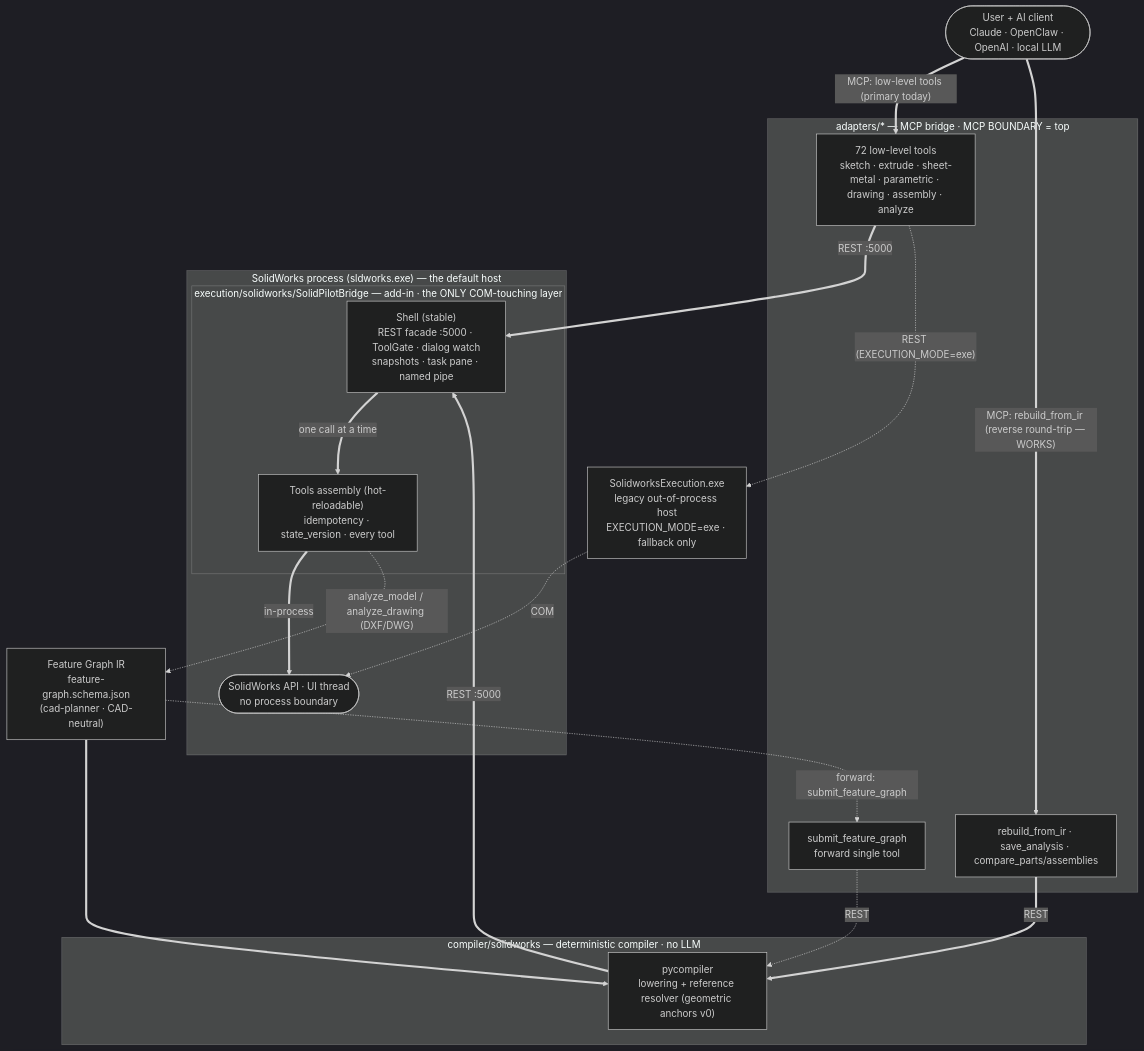
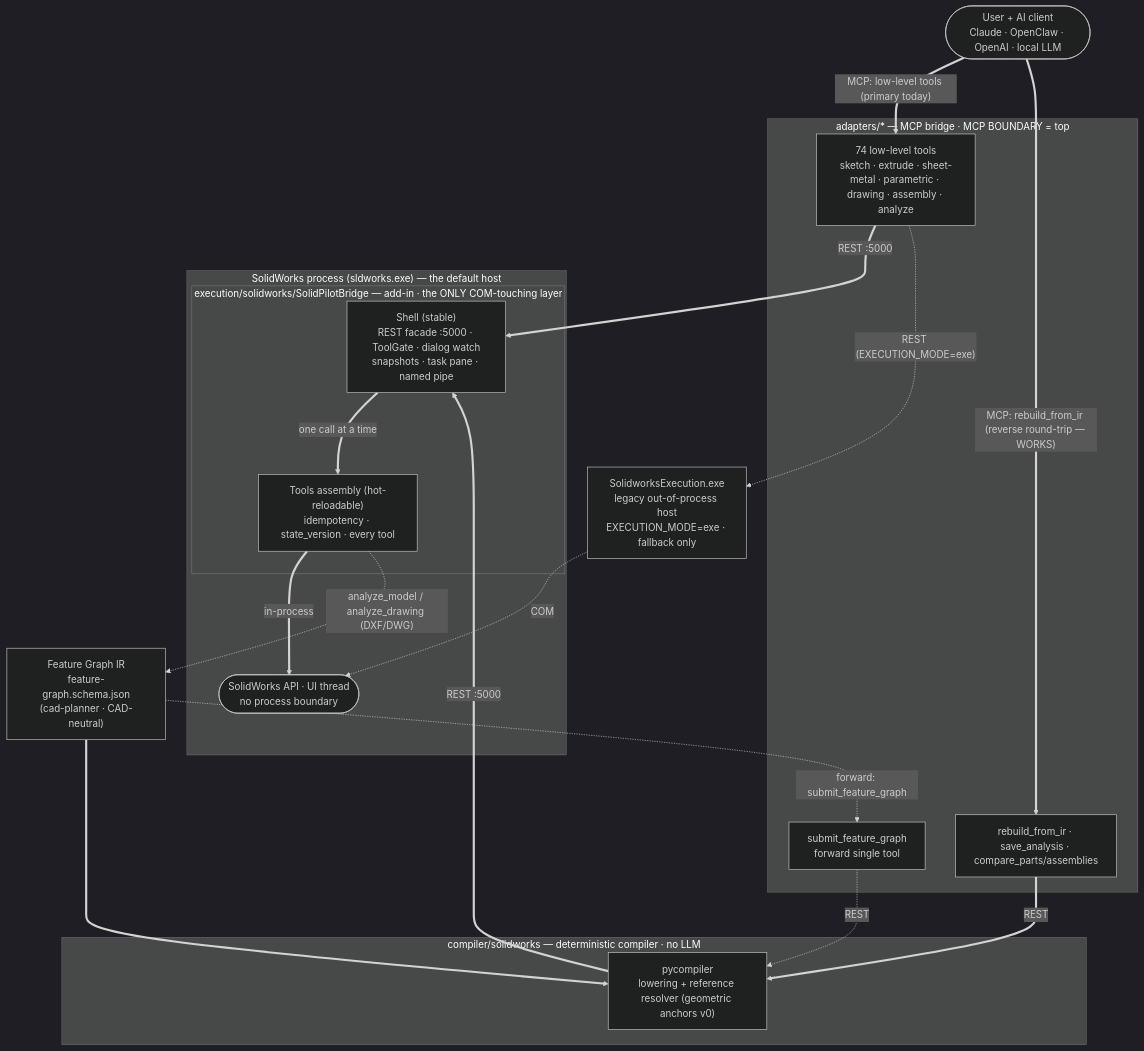
Before and after one commit to MFlego/SolidMetalPilot: the diagram in README.md, drawn with Mermaid (dark theme). The commit also changed other lines of this file and 22 other files, not shown here.

````diff
--- a/README.md
+++ b/README.md
@@ -49,47 +49,47 @@
 ```mermaid
 flowchart TD
     U(["User + AI client<br/>Claude · OpenClaw · OpenAI · local LLM"])
 
     subgraph ADAPT["adapters/* — MCP bridge · MCP BOUNDARY = top"]
-        LOW["72 low-level tools<br/>sketch · extrude · sheet-metal · parametric · drawing · assembly · analyze"]
+        LOW["74 low-level tools<br/>sketch · extrude · sheet-metal · parametric · drawing · assembly · analyze"]
         RIR["rebuild_from_ir · save_analysis · compare_parts/assemblies"]
         SFG["submit_feature_graph<br/>forward single tool"]
     end
 
     IR["Feature Graph IR<br/>feature-graph.schema.json<br/>(cad-planner · CAD-neutral)"]
 
     subgraph COMP["compiler/solidworks — deterministic compiler · no LLM"]
         CO["pycompiler<br/>lowering + reference resolver (geometric anchors v0)"]
     end
 
     subgraph SWP["SolidWorks process (sldworks.exe) — the default host"]
         subgraph BR["execution/solidworks/SolidPilotBridge — add-in · the ONLY COM-touching layer"]
             SH["Shell (stable)<br/>REST facade :5000 · ToolGate · dialog watch<br/>snapshots · task pane · named pipe"]
             TL["Tools assembly (hot-reloadable)<br/>idempotency · state_version · every tool"]
         end
         API(["SolidWorks API · UI thread<br/>no process boundary"])
     end
 
     EXE["SolidworksExecution.exe<br/>legacy out-of-process host<br/>EXECUTION_MODE=exe · fallback only"]
 
     %% Working today (thick)
     U == "MCP: low-level tools (primary today)" ==> LOW
     LOW == "REST :5000" ==> SH
     U == "MCP: rebuild_from_ir (reverse round-trip — WORKS)" ==> RIR
     IR ==> CO
     RIR == "REST" ==> CO
     CO == "REST :5000" ==> SH
     SH == "one call at a time" ==> TL
     TL == "in-process" ==> API
 
     %% Fallback host (dotted): same REST contract and the same tool source, in its own process
     LOW -. "REST (EXECUTION_MODE=exe)" .-> EXE
     EXE -. "COM" .-> API
 
     %% Reverse discovery step: read an existing part → propose an IR
     TL -. "analyze_model / analyze_drawing (DXF/DWG)" .-> IR
 
     %% Planned forward collapse (dashed)
     IR -. "forward: submit_feature_graph" .-> SFG
     SFG -. "REST" .-> CO
 ```
````
